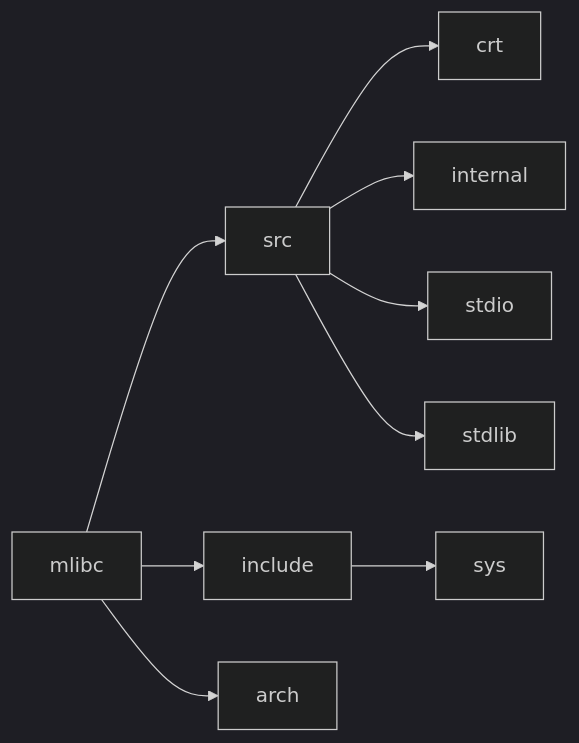
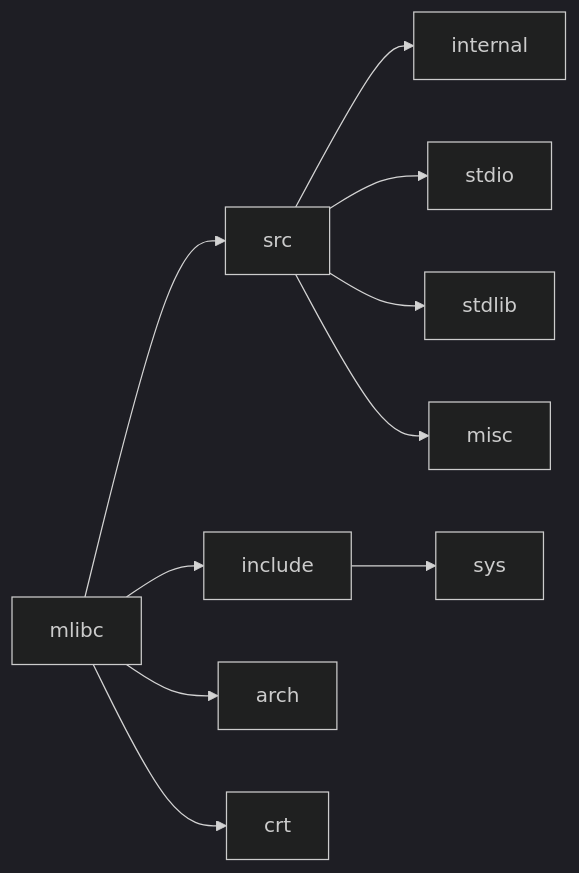
Before and after one commit to plctlab/mlibc: the first of 2 diagrams in ARCH.md, drawn with Mermaid (dark theme). The commit also changed other lines of this file and 39 other files, not shown here.

````diff
--- a/ARCH.md
+++ b/ARCH.md
@@ -5,11 +5,12 @@
 ```mermaid
 flowchart LR
 mlibc-->src
 mlibc-->include
 mlibc-->arch
-src-->crt
+mlibc-->crt
 src-->internal
 src-->stdio
 src-->stdlib
+src-->misc
 include-->sys
 ```
````
